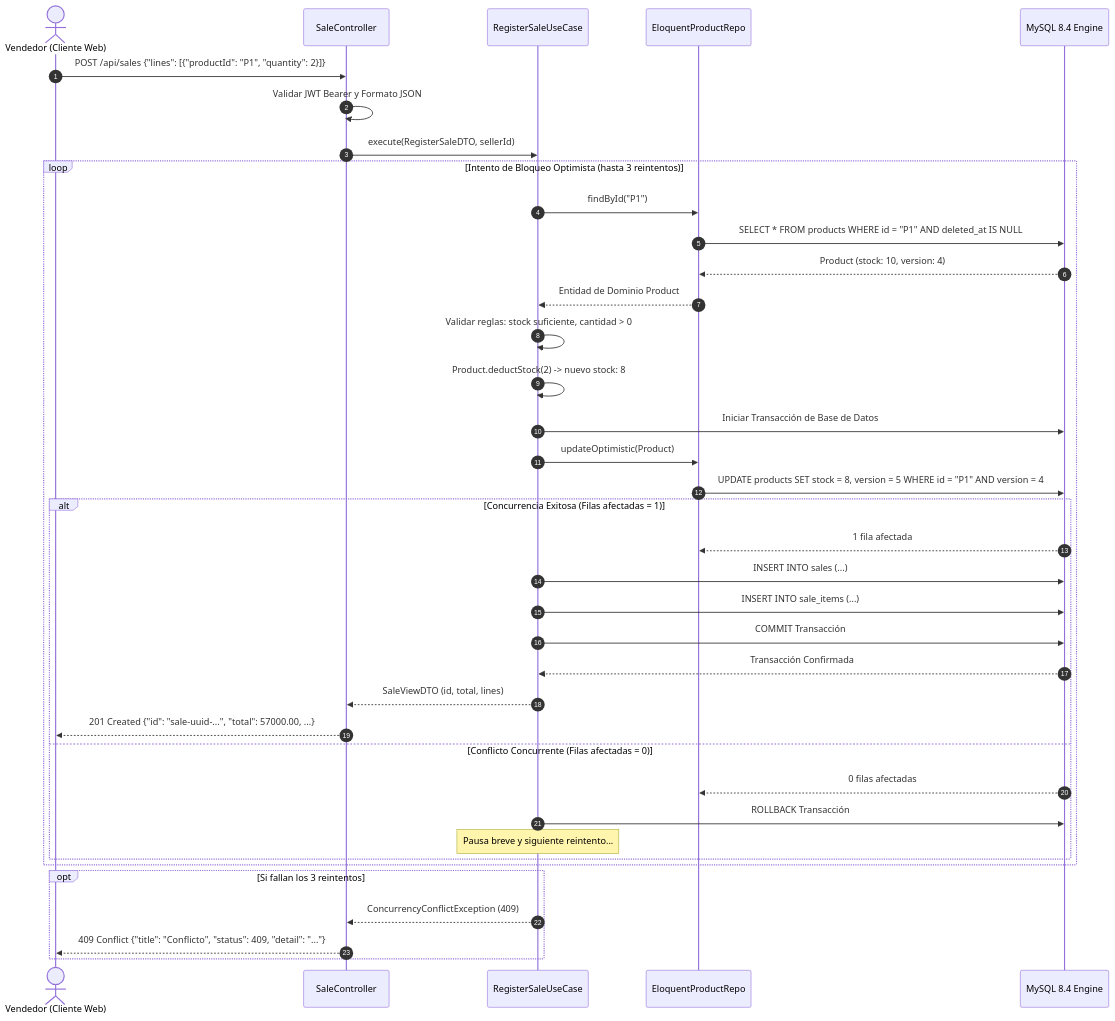
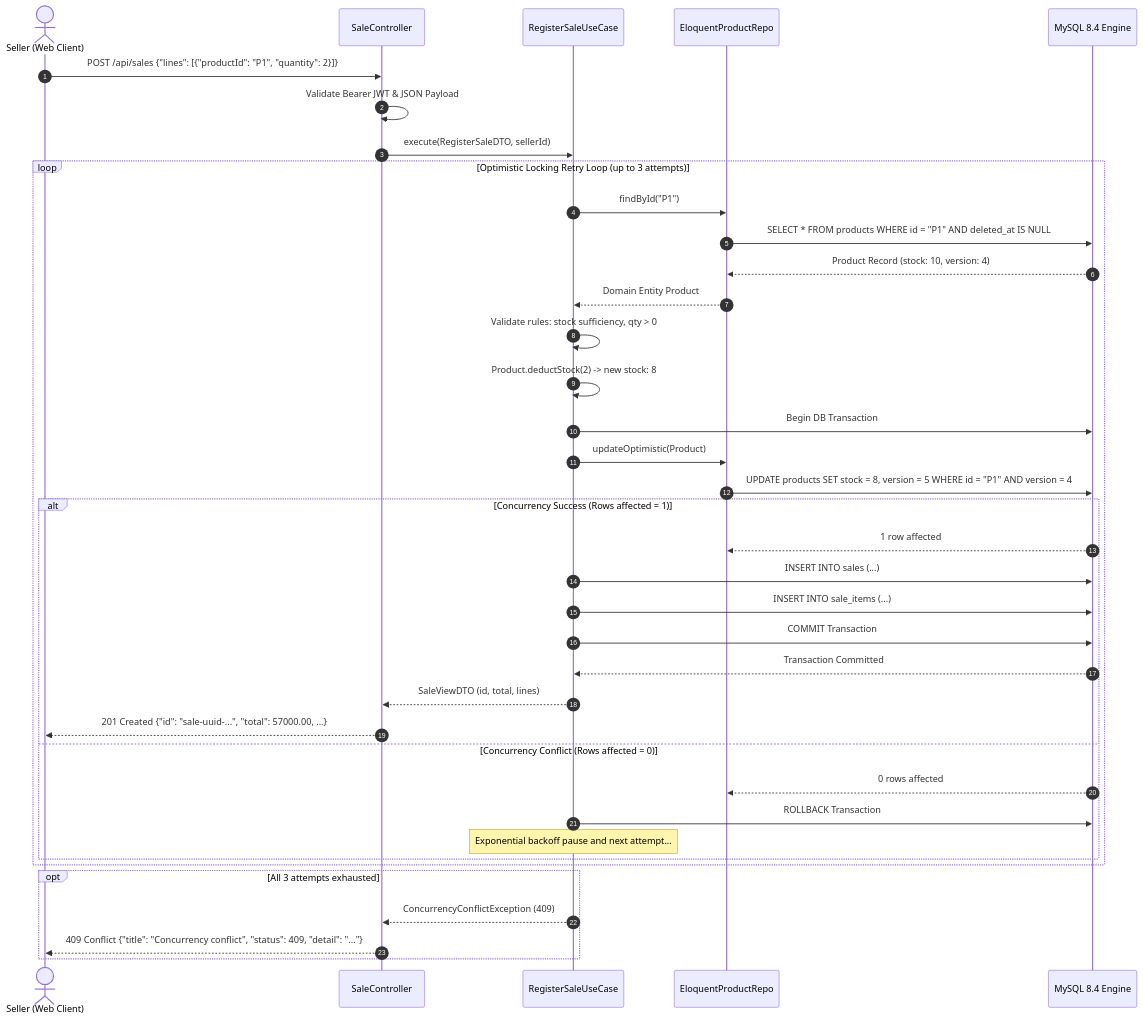
Before and after one commit to Kevin81A/test-simple-stock-flow: the third of 3 diagrams in docs/ENTREGA-TECNICA.md, drawn with Mermaid. The commit also changed other lines of this file and 47 other files, not shown here.

````diff
--- a/docs/ENTREGA-TECNICA.md
+++ b/docs/ENTREGA-TECNICA.md
@@ -142,46 +142,46 @@
 ```mermaid
 sequenceDiagram
     autonumber
-    actor Vendedor as Vendedor (Cliente Web)
+    actor Seller as Seller (Web Client)
     participant API as SaleController
     participant UC as RegisterSaleUseCase
     participant Repo as EloquentProductRepo
     participant DB as MySQL 8.4 Engine
 
-    Vendedor->>API: POST /api/sales {"lines": [{"productId": "P1", "quantity": 2}]}
-    API->>API: Validar JWT Bearer y Formato JSON
+    Seller->>API: POST /api/sales {"lines": [{"productId": "P1", "quantity": 2}]}
+    API->>API: Validate Bearer JWT & JSON Payload
     API->>UC: execute(RegisterSaleDTO, sellerId)
 
-    loop Intento de Bloqueo Optimista (hasta 3 reintentos)
+    loop Optimistic Locking Retry Loop (up to 3 attempts)
         UC->>Repo: findById("P1")
         Repo->>DB: SELECT * FROM products WHERE id = "P1" AND deleted_at IS NULL
-        DB-->>Repo: Product (stock: 10, version: 4)
-        Repo-->>UC: Entidad de Dominio Product
+        DB-->>Repo: Product Record (stock: 10, version: 4)
+        Repo-->>UC: Domain Entity Product
         
-        UC->>UC: Validar reglas: stock suficiente, cantidad > 0
-        UC->>UC: Product.deductStock(2) -> nuevo stock: 8
+        UC->>UC: Validate rules: stock sufficiency, qty > 0
+        UC->>UC: Product.deductStock(2) -> new stock: 8
         
-        UC->>DB: Iniciar Transacción de Base de Datos
+        UC->>DB: Begin DB Transaction
         UC->>Repo: updateOptimistic(Product)
         Repo->>DB: UPDATE products SET stock = 8, version = 5 WHERE id = "P1" AND version = 4
         
-        alt Concurrencia Exitosa (Filas afectadas = 1)
-            DB-->>Repo: 1 fila afectada
+        alt Concurrency Success (Rows affected = 1)
+            DB-->>Repo: 1 row affected
             UC->>DB: INSERT INTO sales (...)
             UC->>DB: INSERT INTO sale_items (...)
-            UC->>DB: COMMIT Transacción
-            DB-->>UC: Transacción Confirmada
+            UC->>DB: COMMIT Transaction
+            DB-->>UC: Transaction Committed
             UC-->>API: SaleViewDTO (id, total, lines)
-            API-->>Vendedor: 201 Created {"id": "sale-uuid-...", "total": 57000.00, ...}
-        else Conflicto Concurrente (Filas afectadas = 0)
-            DB-->>Repo: 0 filas afectadas
-            UC->>DB: ROLLBACK Transacción
-            Note over UC: Pausa breve y siguiente reintento...
+            API-->>Seller: 201 Created {"id": "sale-uuid-...", "total": 57000.00, ...}
+        else Concurrency Conflict (Rows affected = 0)
+            DB-->>Repo: 0 rows affected
+            UC->>DB: ROLLBACK Transaction
+            Note over UC: Exponential backoff pause and next attempt...
         end
     end
 
-    opt Si fallan los 3 reintentos
+    opt All 3 attempts exhausted
         UC-->>API: ConcurrencyConflictException (409)
-        API-->>Vendedor: 409 Conflict {"title": "Conflicto", "status": 409, "detail": "..."}
+        API-->>Seller: 409 Conflict {"title": "Concurrency conflict", "status": 409, "detail": "..."}
     end
 ```
````
